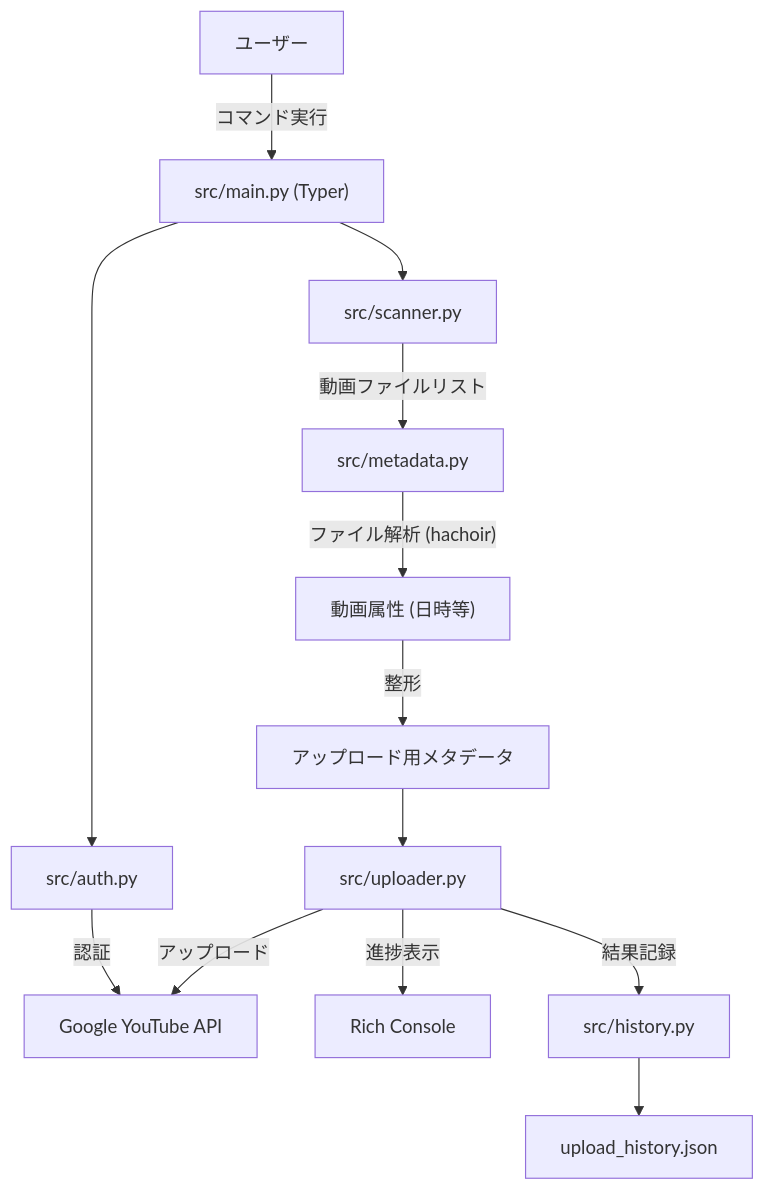
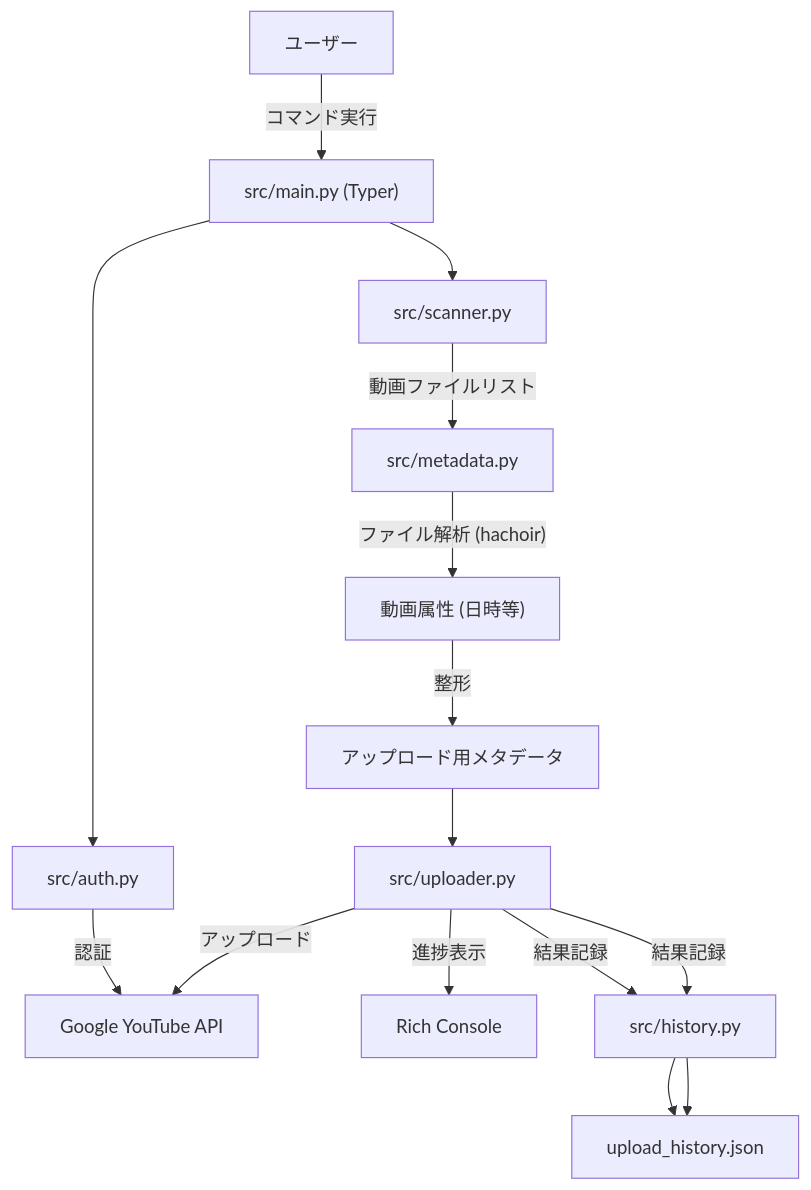
One commit to ysakae/youtube-up-agy changed the diagram in docs/ARCHITECTURE.md. Above: the diagram before and after it, drawn with Mermaid. The commit also changed other lines of this file and 2 other files, not shown here.

First line of the commit message:
docs: Update usage and architecture documentation

````diff
--- a/docs/ARCHITECTURE.md
+++ b/docs/ARCHITECTURE.md
@@ -38,19 +38,21 @@
 ```mermaid
 graph TD
     User[ユーザー] -->|コマンド実行| CLI["src/main.py (Typer)"]
     CLI --> Auth["src/auth.py"]
     Auth -->|認証| YoutubeAPI[Google YouTube API]
     
     CLI --> Scanner["src/scanner.py"]
     Scanner -->|動画ファイルリスト| Metadata["src/metadata.py"]
     
     Metadata -->|"ファイル解析 (hachoir)"| FileInfo["動画属性 (日時等)"]
     FileInfo -->|整形| UploadMeta[アップロード用メタデータ]
     
     UploadMeta --> Uploader["src/uploader.py"]
     Uploader -->|アップロード| YoutubeAPI
     Uploader -->|進捗表示| UI[Rich Console]
     
     Uploader -->|結果記録| History["src/history.py"]
     History --> HistoryFile[upload_history.json]
+    Uploader -->|結果記録| History["src/history.py"]
+    History --> HistoryFile[upload_history.json]
 ```
````
